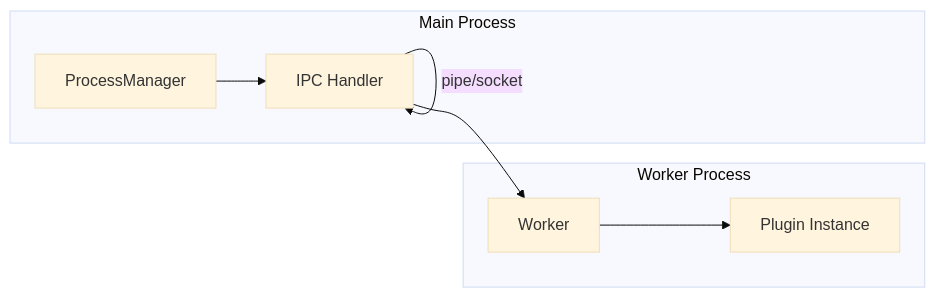
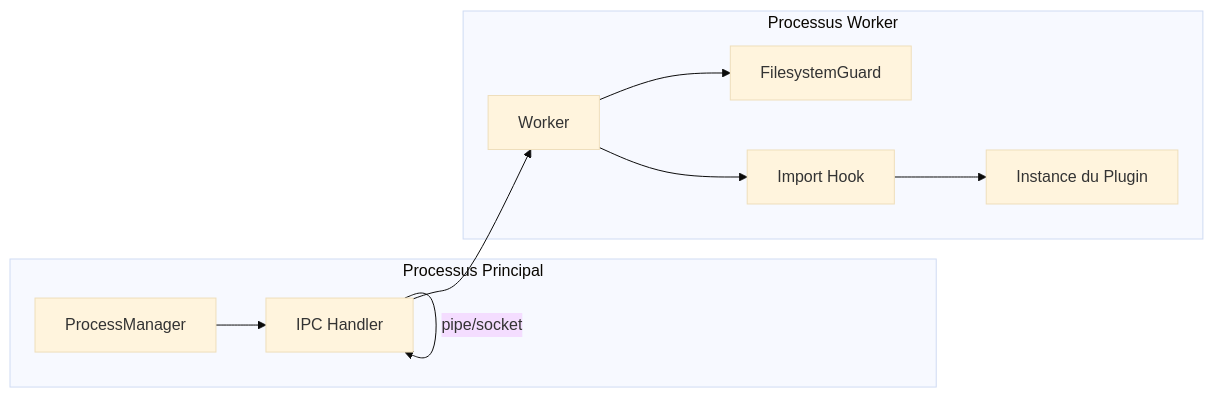
One commit to traoreera/xcore changed the fourth of 5 diagrams in doc/architecture/overview.md. Above: the diagram before and after it, drawn with Mermaid (base theme). The commit also changed other lines of this file and 15 other files, not shown here.

````diff
--- a/doc/architecture/overview.md
+++ b/doc/architecture/overview.md
@@ -241,17 +212,21 @@
 ```mermaid
 flowchart LR
-    subgraph Main["Main Process"]
+    subgraph Main["Processus Principal"]
         PM[ProcessManager]
-        IPC[IPC Handler]
+        IPC_H[IPC Handler]
     end
 
-    subgraph Worker["Worker Process"]
+    subgraph Worker["Processus Worker"]
         W[Worker]
-        P[Plugin Instance]
+        Guard[FilesystemGuard]
+        Hook[Import Hook]
+        P[Instance du Plugin]
     end
 
-    PM --> IPC
-    IPC -->|pipe/socket| IPC
-    IPC --> W
-    W --> P
+    PM --> IPC_H
+    IPC_H -->|pipe/socket| IPC_H
+    IPC_H --> W
+    W --> Guard
+    W --> Hook
+    Hook --> P
 ```
````
